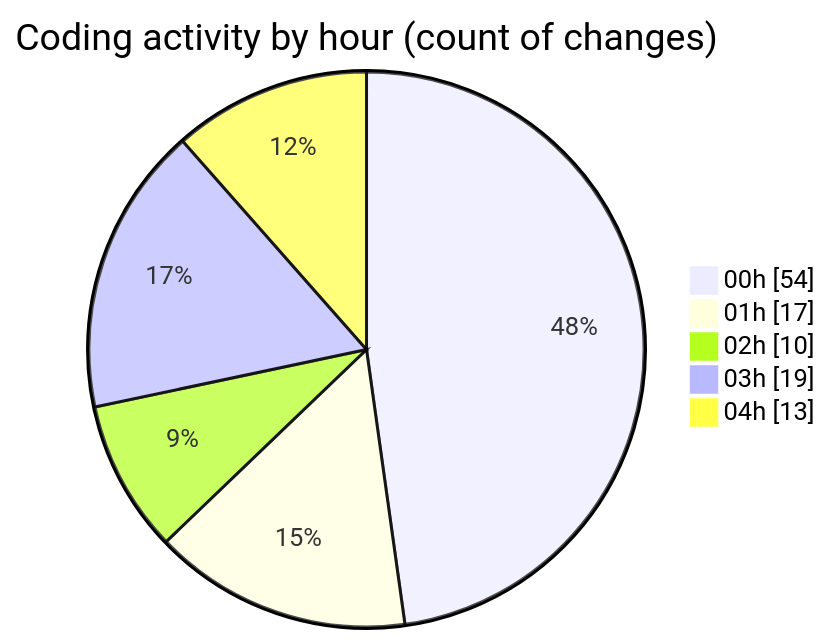
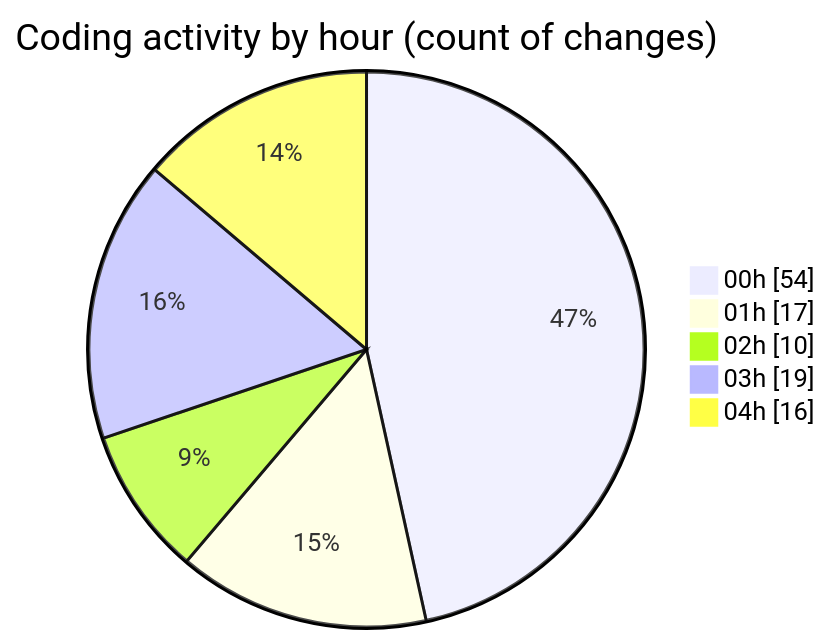
Before and after one commit to lephambinh05/code-tracking: the second of 2 diagrams in 2025-07-26/quanlyrapchieuphim-1/README.md, drawn with Mermaid. The commit also changed other lines of this file and 1 other file, not shown here.

````diff
--- a/2025-07-26/quanlyrapchieuphim-1/README.md
+++ b/2025-07-26/quanlyrapchieuphim-1/README.md
@@ -38,9 +38,9 @@
 ```mermaid
 pie showData
 title Coding activity by hour (count of changes)
 "00h" : 54
 "01h" : 17
 "02h" : 10
 "03h" : 19
-"04h" : 13
+"04h" : 16
 ```
````
